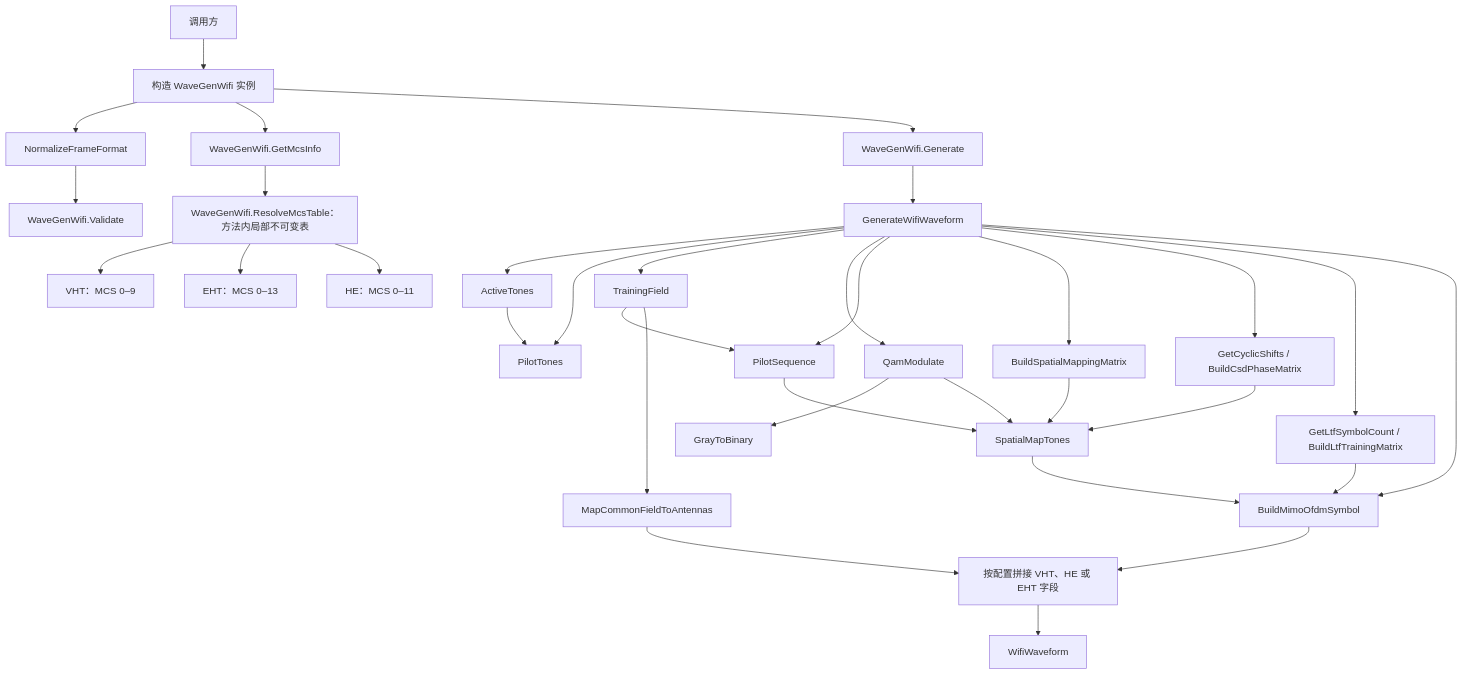
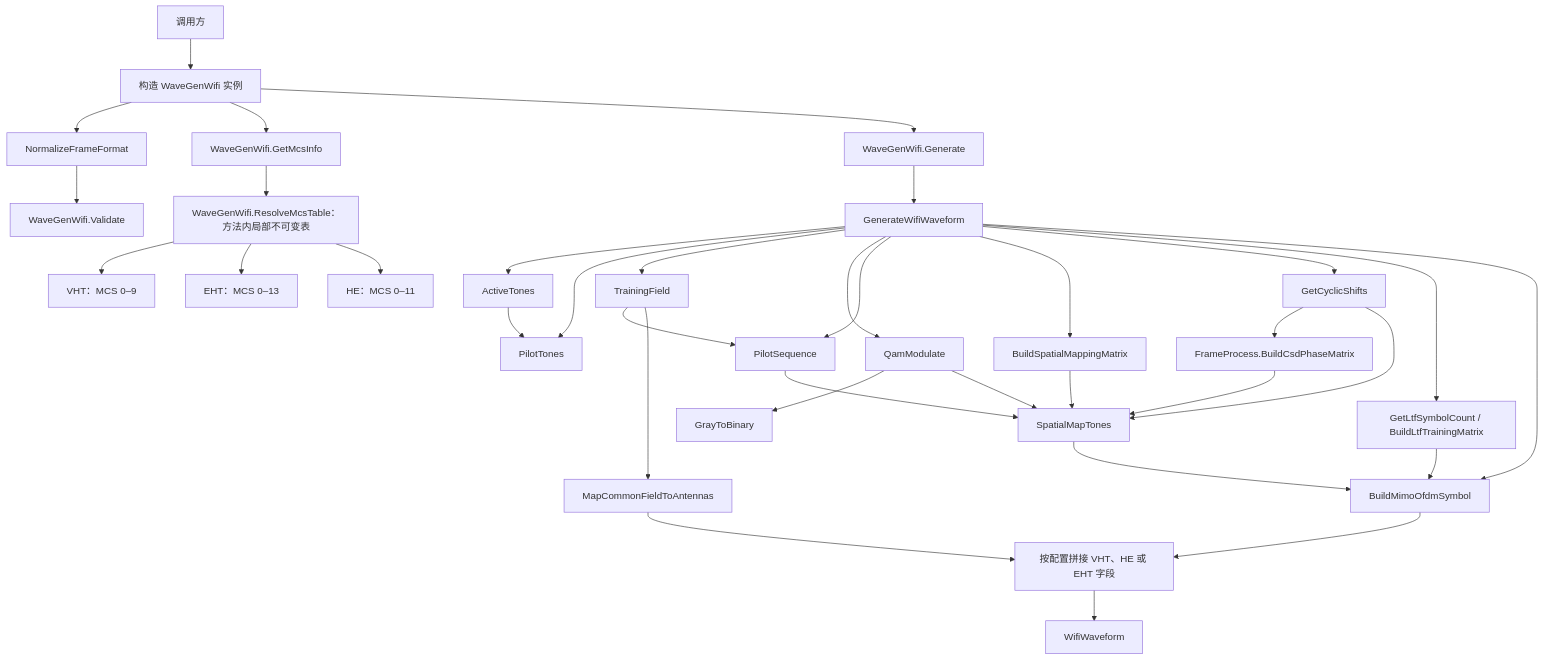
The second of 11 diagrams in README.md (niyilu45/DPD_ILC), drawn with Mermaid before and after one commit. The commit also changed other lines of this file and 19 other files, not shown here.

````diff
--- a/README.md
+++ b/README.md
@@ -114,37 +120,39 @@
 ```mermaid
 flowchart TD
     caller["调用方"] --> config["构造 WaveGenWifi 实例"]
     config --> normalize["NormalizeFrameFormat"]
     normalize --> validate["WaveGenWifi.Validate"]
     config --> mcs["WaveGenWifi.GetMcsInfo"]
     config --> generate["WaveGenWifi.Generate"]
     mcs --> resolveMcs["WaveGenWifi.ResolveMcsTable：方法内局部不可变表"]
     resolveMcs --> vhtTable["VHT：MCS 0–9"]
     resolveMcs --> ehtTable["EHT：MCS 0–13"]
     resolveMcs --> heTable["HE：MCS 0–11"]
     generate --> privateGenerate["GenerateWifiWaveform"]
 
     privateGenerate --> active["ActiveTones"]
     privateGenerate --> pilots["PilotTones"]
     active --> pilots
     privateGenerate --> training["TrainingField"]
     privateGenerate --> qam["QamModulate"]
     privateGenerate --> pilotSequence["PilotSequence"]
     privateGenerate --> mapping["BuildSpatialMappingMatrix"]
-    privateGenerate --> csd["GetCyclicShifts / BuildCsdPhaseMatrix"]
+    privateGenerate --> csd["GetCyclicShifts"]
+    csd --> csdMatrix["FrameProcess.BuildCsdPhaseMatrix"]
     privateGenerate --> ltf["GetLtfSymbolCount / BuildLtfTrainingMatrix"]
     privateGenerate --> mimoOfdm["BuildMimoOfdmSymbol"]
 
     qam --> gray["GrayToBinary"]
     training --> pilotSequence
     mapping --> spatialTones["SpatialMapTones"]
     csd --> spatialTones
+    csdMatrix --> spatialTones
     qam --> spatialTones
     pilotSequence --> spatialTones
     spatialTones --> mimoOfdm
     ltf --> mimoOfdm
     training --> common["MapCommonFieldToAntennas"]
     common --> packet["按配置拼接 VHT、HE 或 EHT 字段"]
     mimoOfdm --> packet
     packet --> waveform["WifiWaveform"]
 ```
````
